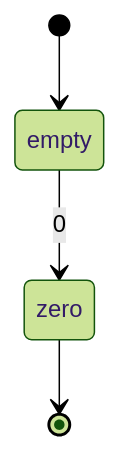
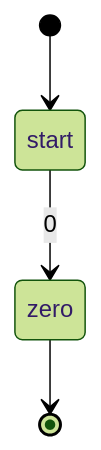
Before and after one commit to raganwald/raganwald.github.com: diagram 21 of 39 in _posts/2019-09-21-regular-expressions.md, drawn with Mermaid (forest theme). The commit also changed other lines of this file, not shown here.

```diff
--- a/_posts/2019-09-21-regular-expressions.md
+++ b/_posts/2019-09-21-regular-expressions.md
@@ -2364,6 +2289,6 @@
 <div class="mermaid">
   stateDiagram
-    [*]-->empty
-    empty-->zero : 0
+    [*]-->start
+    start-->zero : 0
     zero --> [*]
 </div>
```
